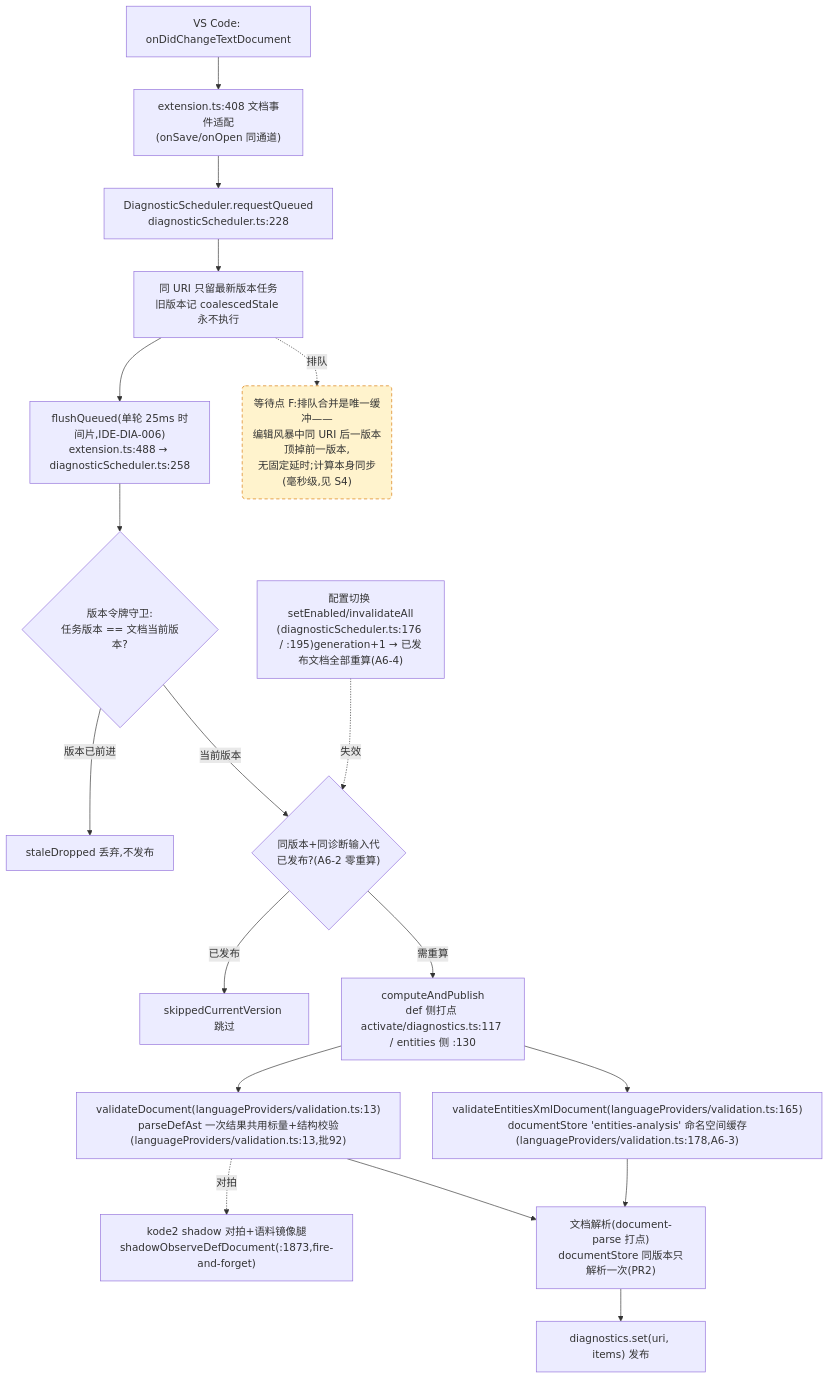
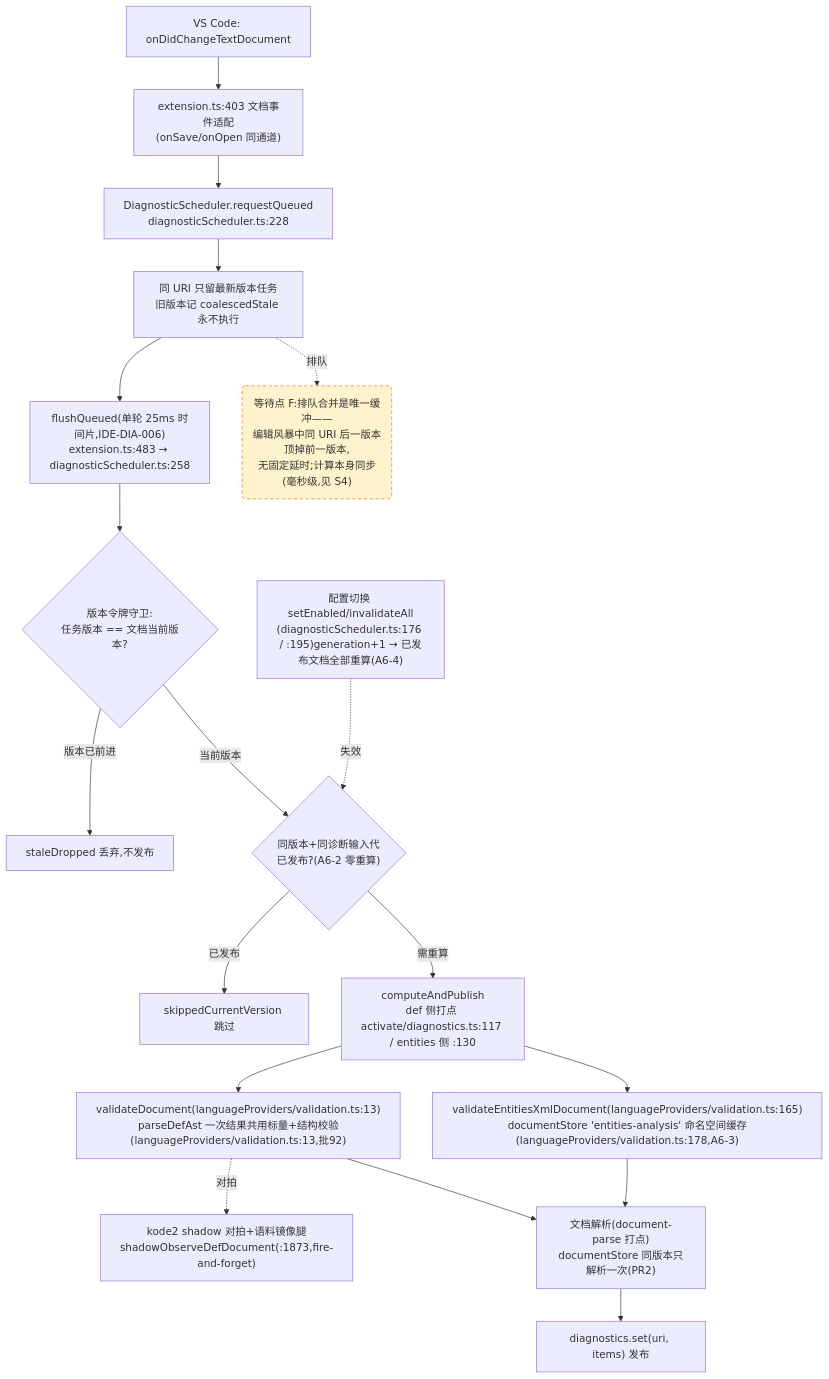
The fourth of 4 diagrams in docs/perf/2026-baseline.md (cuihairu/kode), drawn with Mermaid before and after one commit. The commit also changed 3 other files, not shown here.

````diff
--- a/docs/perf/2026-baseline.md
+++ b/docs/perf/2026-baseline.md
@@ -214,38 +214,38 @@
 ```mermaid
 flowchart TD
   CHG["VS Code: onDidChangeTextDocument"]
-  WATCH["extension.ts:408 文档事件适配<br/>(onSave/onOpen 同通道)"]
+  WATCH["extension.ts:403 文档事件适配<br/>(onSave/onOpen 同通道)"]
   RQ["DiagnosticScheduler.requestQueued<br/>diagnosticScheduler.ts:228"]
   CO["同 URI 只留最新版本任务<br/>旧版本记 coalescedStale 永不执行"]
-  FL["flushQueued(单轮 25ms 时间片,IDE-DIA-006)<br/>extension.ts:488 → diagnosticScheduler.ts:258"]
+  FL["flushQueued(单轮 25ms 时间片,IDE-DIA-006)<br/>extension.ts:483 → diagnosticScheduler.ts:258"]
   VG{"版本令牌守卫:<br/>任务版本 == 文档当前版本?"}
   DROP["staleDropped 丢弃,不发布"]
   GEN{"同版本+同诊断输入代<br/>已发布?(A6-2 零重算)"}
   SKIP["skippedCurrentVersion 跳过"]
   CALC["computeAndPublish<br/>def 侧打点 activate/diagnostics.ts:117 / entities 侧 :130"]
   VD["validateDocument(languageProviders/validation.ts:13)<br/>parseDefAst 一次结果共用标量+结构校验(languageProviders/validation.ts:13,批92)"]
   VEX["validateEntitiesXmlDocument(languageProviders/validation.ts:165)<br/>documentStore 'entities-analysis' 命名空间缓存(languageProviders/validation.ts:178,A6-3)"]
   SHDD["kode2 shadow 对拍+语料镜像腿<br/>shadowObserveDefDocument(:1873,fire-and-forget)"]
   DS["文档解析(document-parse 打点)<br/>documentStore 同版本只解析一次(PR2)"]
   PUB["diagnostics.set(uri, items) 发布"]
   CFG2["配置切换 setEnabled/invalidateAll<br/>(diagnosticScheduler.ts:176 / :195)generation+1 → 已发布文档全部重算(A6-4)"]
 
   CHG --> WATCH --> RQ --> CO --> FL --> VG
   VG -- "版本已前进" --> DROP
   VG -- "当前版本" --> GEN
   GEN -- "已发布" --> SKIP
   GEN -- "需重算" --> CALC
   CALC --> VD
   CALC --> VEX
   VD --> DS
   VEX --> DS
   DS --> PUB
   VD -.->|对拍| SHDD
   CFG2 -.->|失效| GEN
 
   WAITF("等待点 F:排队合并是唯一缓冲——<br/>编辑风暴中同 URI 后一版本顶掉前一版本,<br/>无固定延时;计算本身同步(毫秒级,见 S4)")
   CO -.->|排队| WAITF
 
   classDef waitPoint fill:#fff3cd,stroke:#d97706,stroke-dasharray:5 4;
   class WAITF waitPoint;
 ```
````
